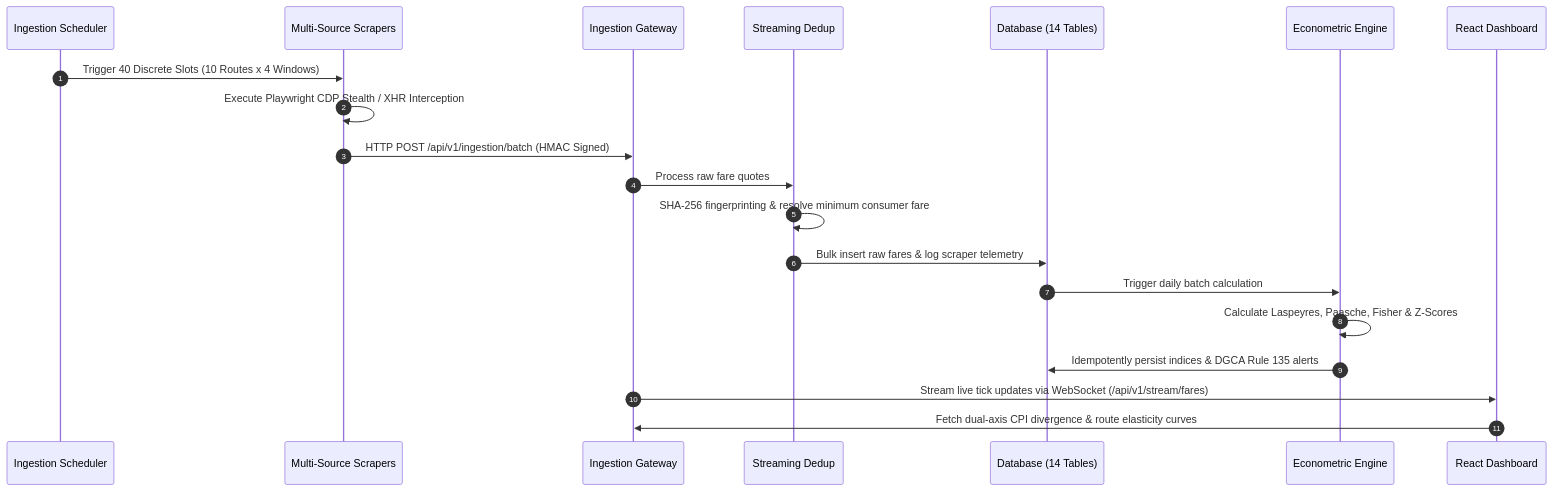
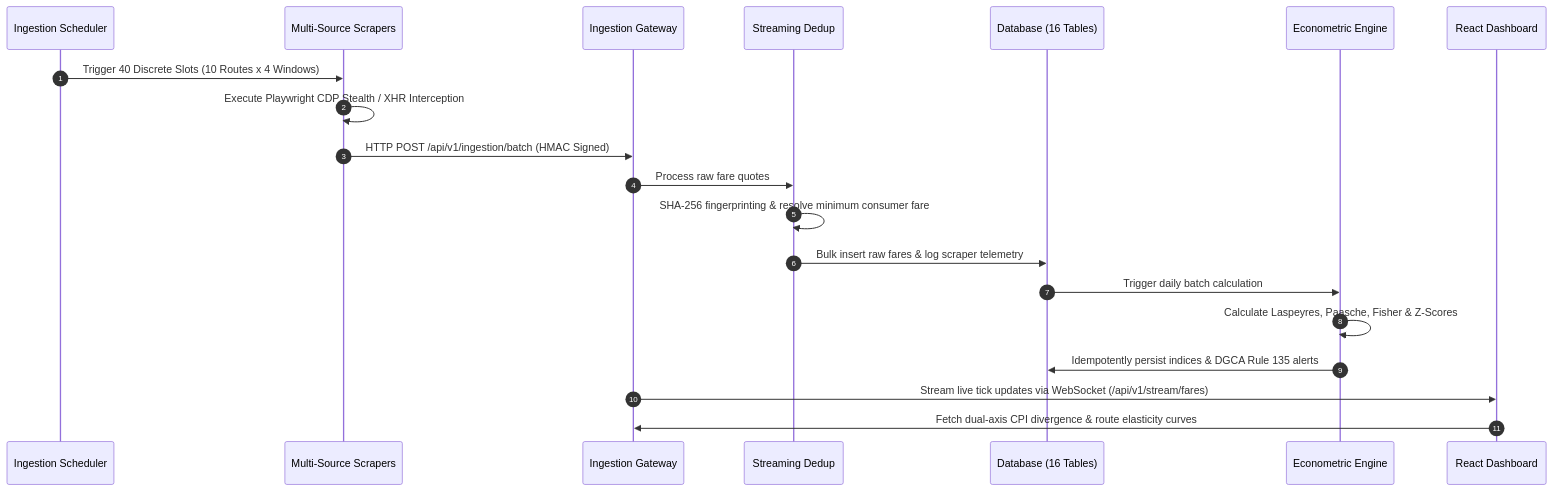
The second of 3 diagrams in README.md (SameerKumar05/APIx), drawn with Mermaid before and after one commit. The commit also changed other lines of this file, not shown here.

````diff
--- a/README.md
+++ b/README.md
@@ -75,23 +77,23 @@
 ```mermaid
 sequenceDiagram
     autonumber
     participant Sch as Ingestion Scheduler
     participant Scr as Multi-Source Scrapers
     participant API as Ingestion Gateway
     participant Dedup as Streaming Dedup
-    participant DB as Database (14 Tables)
+    participant DB as Database (16 Tables)
     participant Quant as Econometric Engine
     participant UI as React Dashboard
 
     Sch->>Scr: Trigger 40 Discrete Slots (10 Routes x 4 Windows)
     Scr->>Scr: Execute Playwright CDP Stealth / XHR Interception
     Scr->>API: HTTP POST /api/v1/ingestion/batch (HMAC Signed)
     API->>Dedup: Process raw fare quotes
     Dedup->>Dedup: SHA-256 fingerprinting & resolve minimum consumer fare
     Dedup->>DB: Bulk insert raw fares & log scraper telemetry
     DB->>Quant: Trigger daily batch calculation
     Quant->>Quant: Calculate Laspeyres, Paasche, Fisher & Z-Scores
     Quant->>DB: Idempotently persist indices & DGCA Rule 135 alerts
     API->>UI: Stream live tick updates via WebSocket (/api/v1/stream/fares)
     UI->>API: Fetch dual-axis CPI divergence & route elasticity curves
 ```
````
